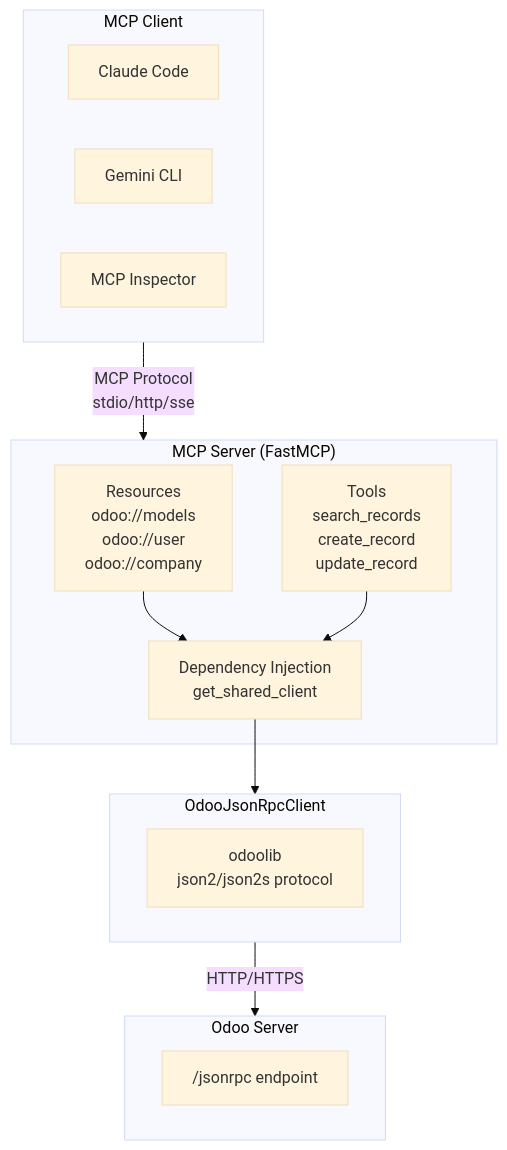
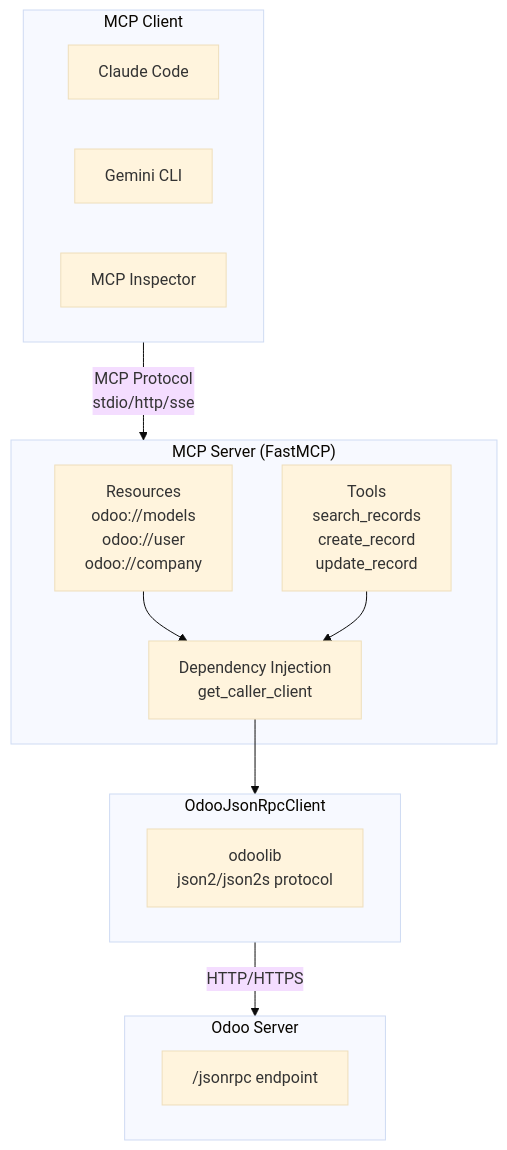
Before and after one commit to twtrubiks/odoo19-mcp-server: the diagram in README.md, drawn with Mermaid (base theme). The commit also changed other lines of this file and 5 other files, not shown here.

````diff
--- a/README.md
+++ b/README.md
@@ -35,28 +37,28 @@
 ```mermaid
 flowchart TB
     subgraph Client["MCP Client"]
         CC[Claude Code]
         GC[Gemini CLI]
         MI[MCP Inspector]
     end
 
     subgraph Server["MCP Server (FastMCP)"]
         R[Resources<br/>odoo://models<br/>odoo://user<br/>odoo://company]
         T[Tools<br/>search_records<br/>create_record<br/>update_record]
-        DI[Dependency Injection<br/>get_shared_client]
+        DI[Dependency Injection<br/>get_caller_client]
     end
 
     subgraph RPC["OdooJsonRpcClient"]
         OL[odoolib<br/>json2/json2s protocol]
     end
 
     subgraph Odoo["Odoo Server"]
         EP["/jsonrpc endpoint"]
     end
 
     Client -->|MCP Protocol<br/>stdio/http/sse| Server
     R --> DI
     T --> DI
     DI --> RPC
     RPC -->|HTTP/HTTPS| Odoo
 ```
````
